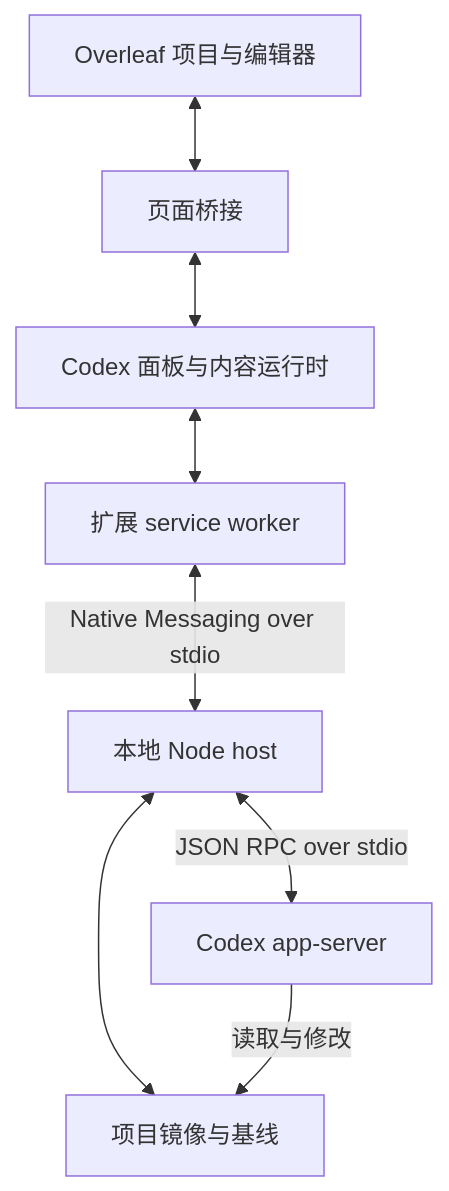
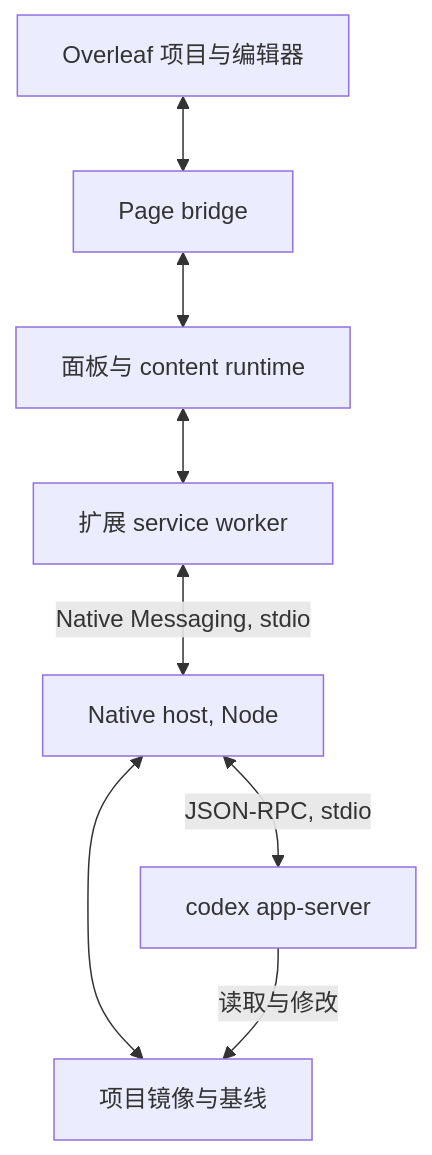
One commit to Ghqqqq/codex-overleaf-link changed the diagram in README.zh-CN.md. Above: the diagram before and after it, drawn with Mermaid. The commit also changed other lines of this file and 13 other files, not shown here.

````diff
--- a/README.zh-CN.md
+++ b/README.zh-CN.md
@@ -358,10 +152,10 @@
 ```mermaid
 flowchart TD
-    O[Overleaf 项目与编辑器] <--> P[页面桥接]
-    P <--> C[Codex 面板与内容运行时]
+    O[Overleaf 项目与编辑器] <--> P[Page bridge]
+    P <--> C[面板与 content runtime]
     C <--> B[扩展 service worker]
-    B <-->|Native Messaging over stdio| N[本地 Node host]
+    B <-->|Native Messaging, stdio| N[Native host, Node]
     N <--> M[项目镜像与基线]
-    N <-->|JSON RPC over stdio| A[Codex app-server]
+    N <-->|JSON-RPC, stdio| A[codex app-server]
     A -->|读取与修改| M
 ```
````
